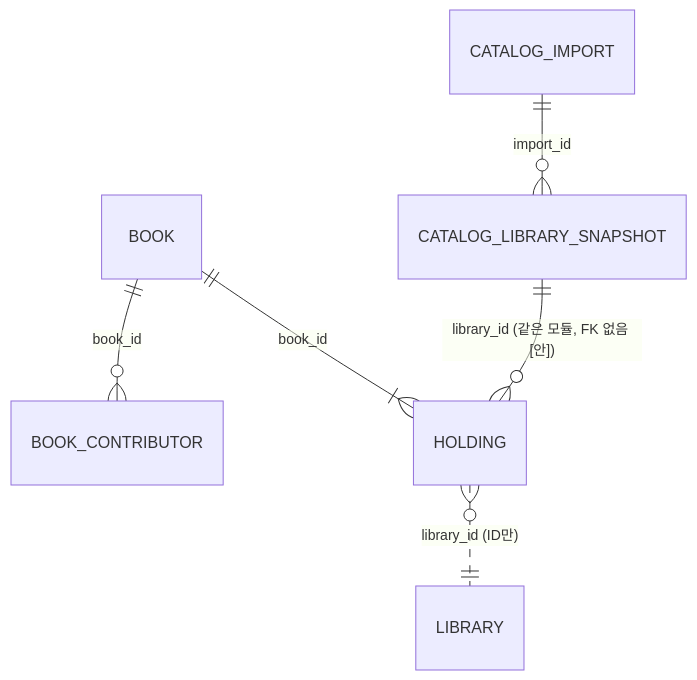
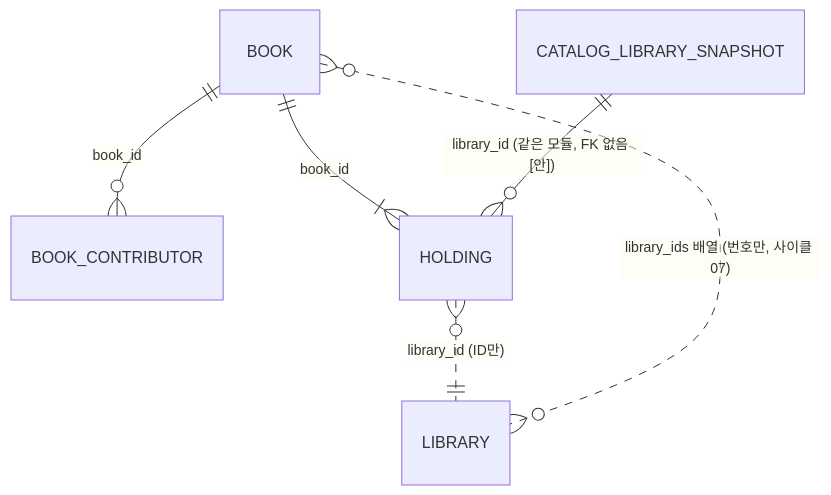
Before and after one commit to hodu-sketch/chaekcheck-plan: the second of 5 diagrams in docs/current/data-model.md, drawn with Mermaid. The commit also changed other lines of this file and 73 other files, not shown here.

````diff
--- a/docs/current/data-model.md
+++ b/docs/current/data-model.md
@@ -105,8 +131,8 @@
 ```mermaid
 erDiagram
   BOOK ||--o{ BOOK_CONTRIBUTOR : "book_id"
   BOOK ||--|{ HOLDING : "book_id"
   CATALOG_LIBRARY_SNAPSHOT ||--o{ HOLDING : "library_id (같은 모듈, FK 없음 [안])"
   HOLDING }o..|| LIBRARY : "library_id (ID만)"
-  CATALOG_IMPORT ||--o{ CATALOG_LIBRARY_SNAPSHOT : "import_id"
+  BOOK }o..o{ LIBRARY : "library_ids 배열 (번호만, 사이클 07)"
 ```
````
